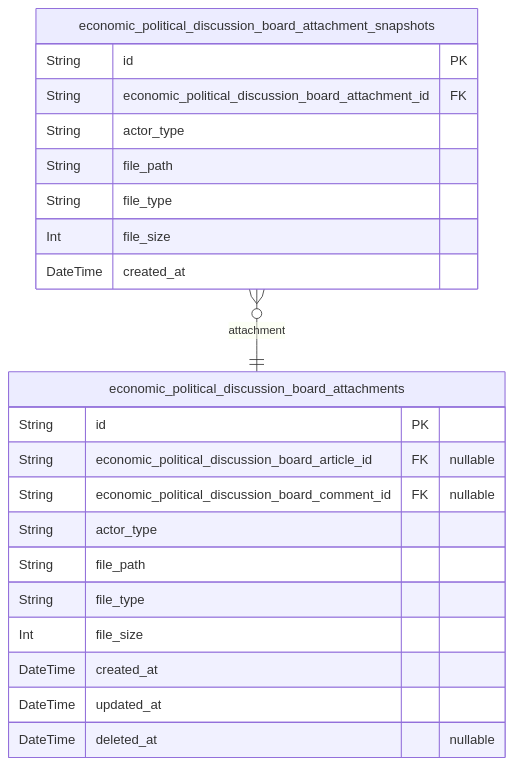
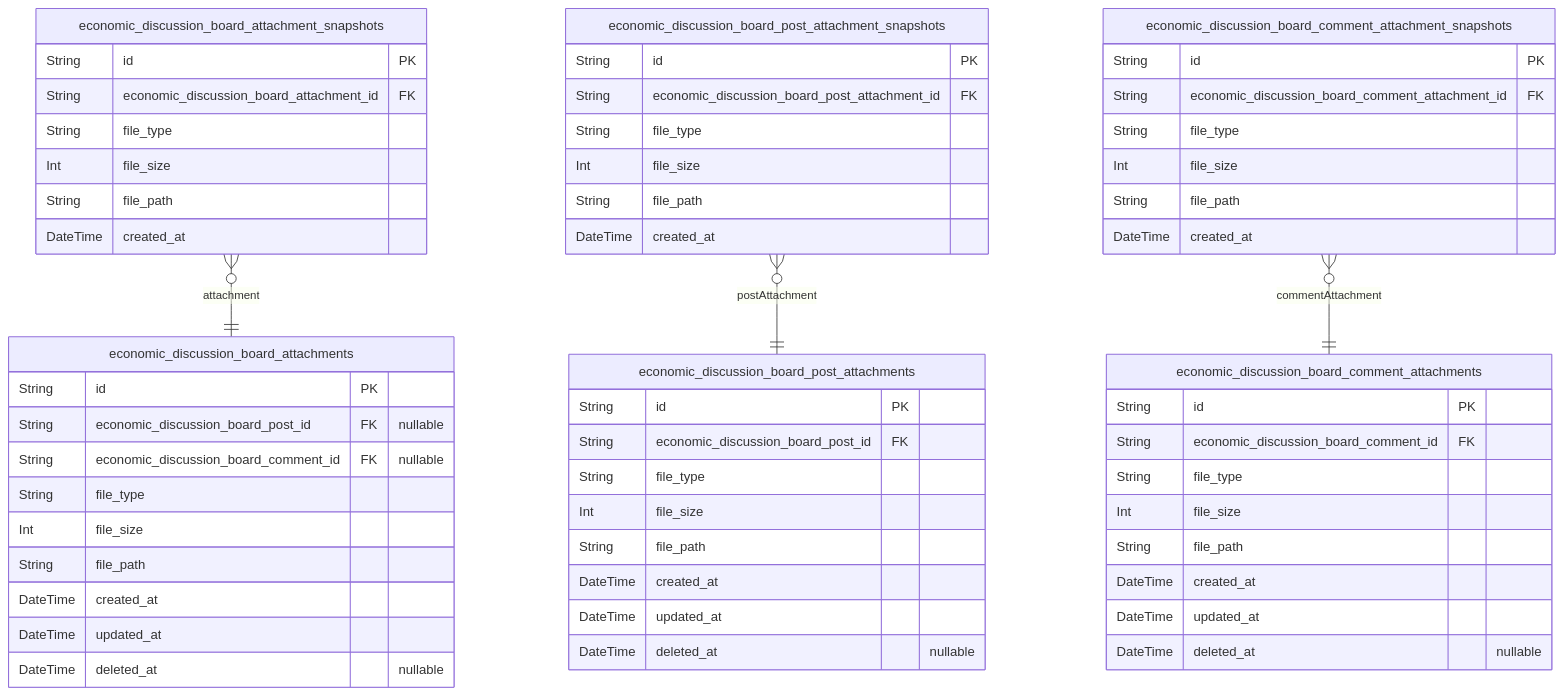
Before and after one commit to wrtnlabs/autobe-examples: the fifth of 5 diagrams in mistralai/codestral-2508/bbs/docs/ERD.md, drawn with Mermaid. The commit also changed other lines of this file and 3569 other files, not shown here.

````diff
--- a/mistralai/codestral-2508/bbs/docs/ERD.md
+++ b/mistralai/codestral-2508/bbs/docs/ERD.md
@@ -481,25 +385,61 @@
 ```mermaid
 erDiagram
-"economic_political_discussion_board_attachments" {
+"economic_discussion_board_attachments" {
   String id PK
-  String economic_political_discussion_board_article_id FK "nullable"
-  String economic_political_discussion_board_comment_id FK "nullable"
-  String actor_type
-  String file_path
+  String economic_discussion_board_post_id FK "nullable"
+  String economic_discussion_board_comment_id FK "nullable"
   String file_type
   Int file_size
+  String file_path
   DateTime created_at
   DateTime updated_at
   DateTime deleted_at "nullable"
 }
-"economic_political_discussion_board_attachment_snapshots" {
+"economic_discussion_board_attachment_snapshots" {
   String id PK
-  String economic_political_discussion_board_attachment_id FK
-  String actor_type
-  String file_path
+  String economic_discussion_board_attachment_id FK
   String file_type
   Int file_size
+  String file_path
   DateTime created_at
 }
-"economic_political_discussion_board_attachment_snapshots" }o--|| "economic_political_discussion_board_attachments" : attachment
+"economic_discussion_board_post_attachments" {
+  String id PK
+  String economic_discussion_board_post_id FK
+  String file_type
+  Int file_size
+  String file_path
+  DateTime created_at
+  DateTime updated_at
+  DateTime deleted_at "nullable"
+}
+"economic_discussion_board_comment_attachments" {
+  String id PK
+  String economic_discussion_board_comment_id FK
+  String file_type
+  Int file_size
+  String file_path
+  DateTime created_at
+  DateTime updated_at
+  DateTime deleted_at "nullable"
+}
+"economic_discussion_board_post_attachment_snapshots" {
+  String id PK
+  String economic_discussion_board_post_attachment_id FK
+  String file_type
+  Int file_size
+  String file_path
+  DateTime created_at
+}
+"economic_discussion_board_comment_attachment_snapshots" {
+  String id PK
+  String economic_discussion_board_comment_attachment_id FK
+  String file_type
+  Int file_size
+  String file_path
+  DateTime created_at
+}
+"economic_discussion_board_attachment_snapshots" }o--|| "economic_discussion_board_attachments" : attachment
+"economic_discussion_board_post_attachment_snapshots" }o--|| "economic_discussion_board_post_attachments" : postAttachment
+"economic_discussion_board_comment_attachment_snapshots" }o--|| "economic_discussion_board_comment_attachments" : commentAttachment
 ```
````
